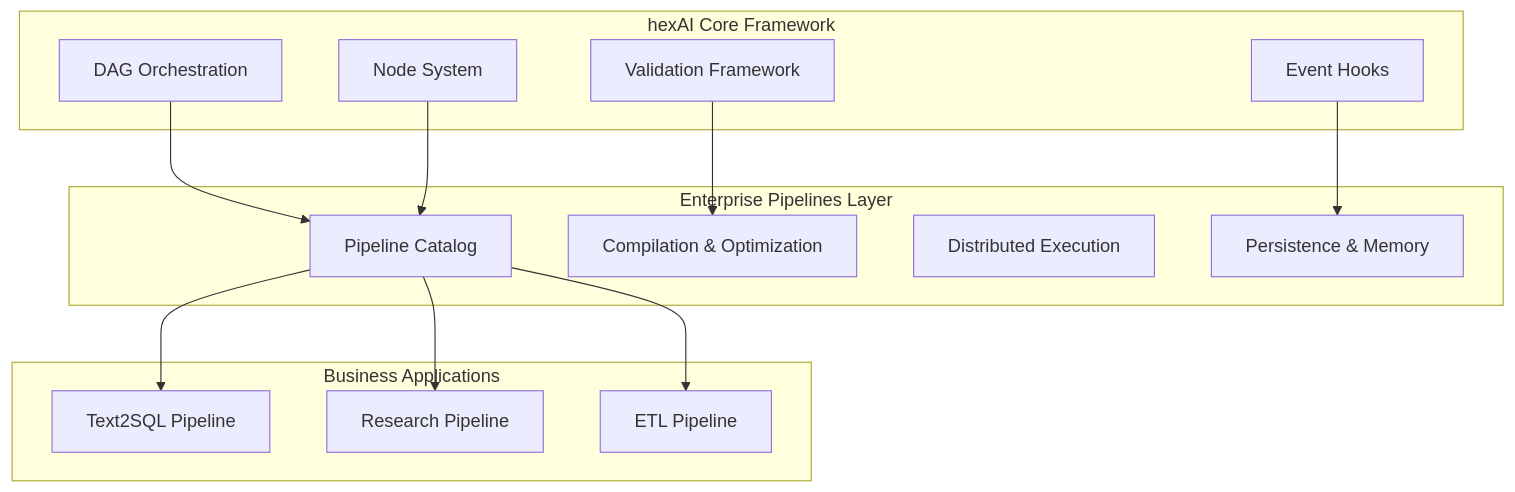
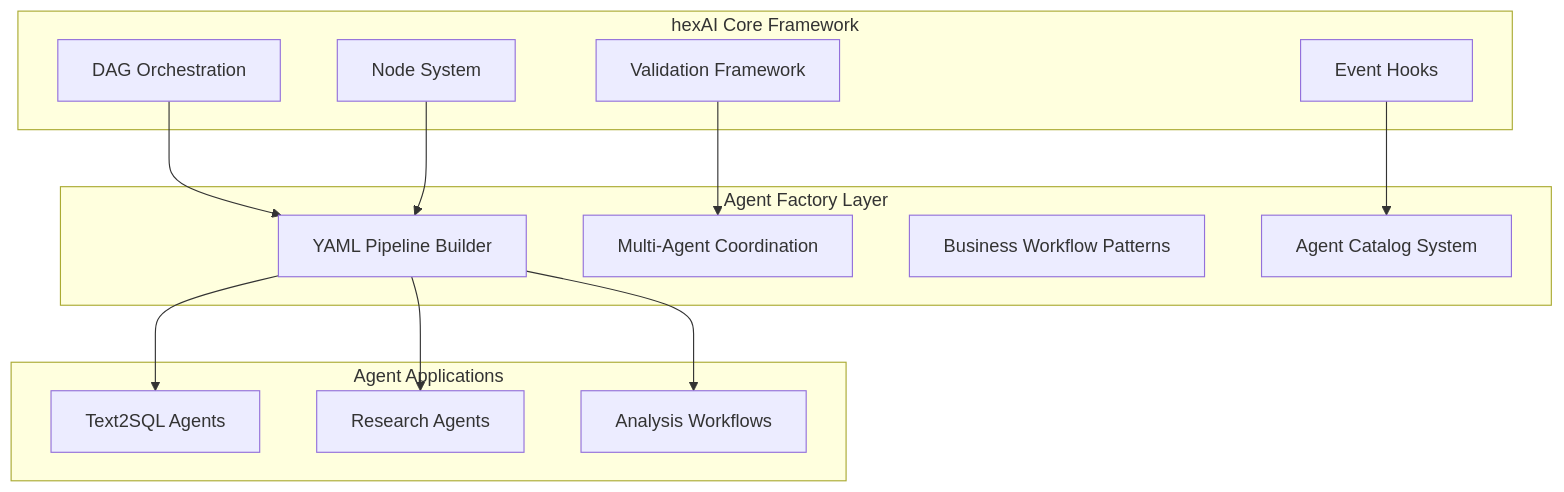
One commit to omniviser/hexDAG changed the diagram in docs/ROADMAP.md. Above: the diagram before and after it, drawn with Mermaid. The commit also changed other lines of this file and 16 other files, not shown here.

Commit message:
refactor: Refactored the ROADMAP and many others

````diff
--- a/docs/ROADMAP.md
+++ b/docs/ROADMAP.md
@@ -12,30 +12,30 @@
 ```mermaid
 graph TD
     subgraph "hexAI Core Framework"
         A[DAG Orchestration]
         B[Node System]
         C[Validation Framework]
         D[Event Hooks]
     end
 
-    subgraph "Enterprise Pipelines Layer"
-        E[Pipeline Catalog]
-        F[Compilation & Optimization]
-        G[Distributed Execution]
-        H[Persistence & Memory]
+    subgraph "Agent Factory Layer"
+        E[YAML Pipeline Builder]
+        F[Multi-Agent Coordination]
+        G[Business Workflow Patterns]
+        H[Agent Catalog System]
     end
 
-    subgraph "Business Applications"
-        I[Text2SQL Pipeline]
-        J[Research Pipeline]
-        K[ETL Pipeline]
+    subgraph "Agent Applications"
+        I[Text2SQL Agents]
+        J[Research Agents]
+        K[Analysis Workflows]
     end
 
     A --> E
     B --> E
     C --> F
     D --> H
     E --> I
     E --> J
     E --> K
 ```
````
